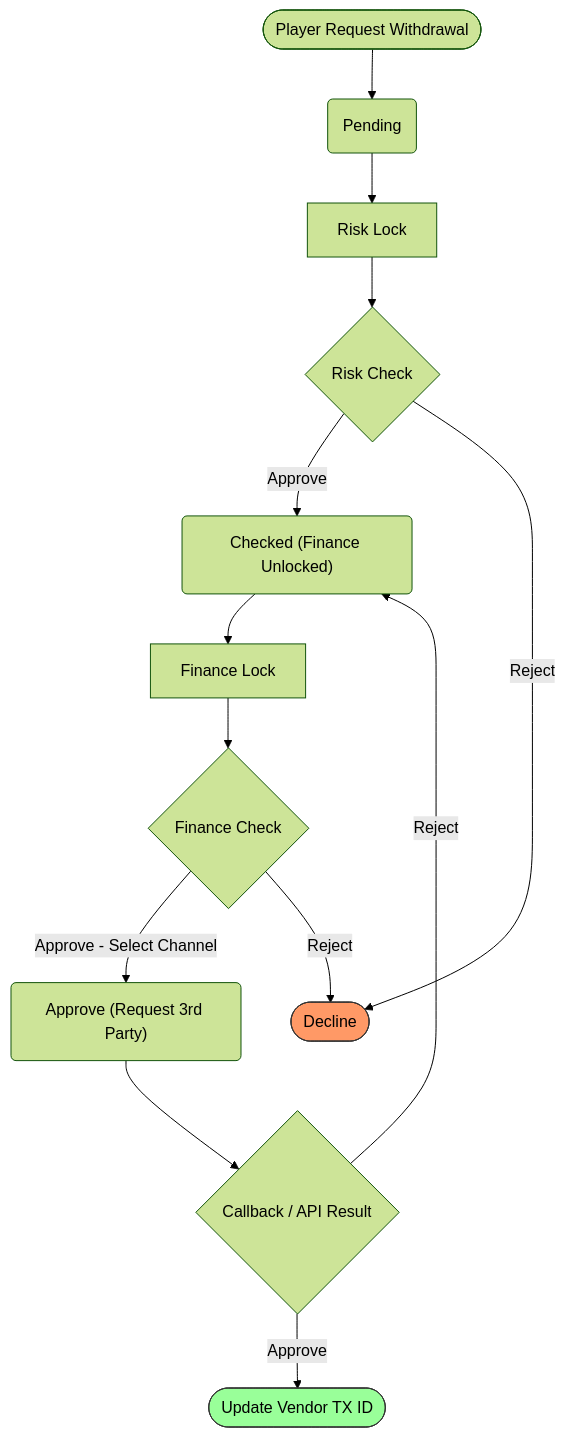
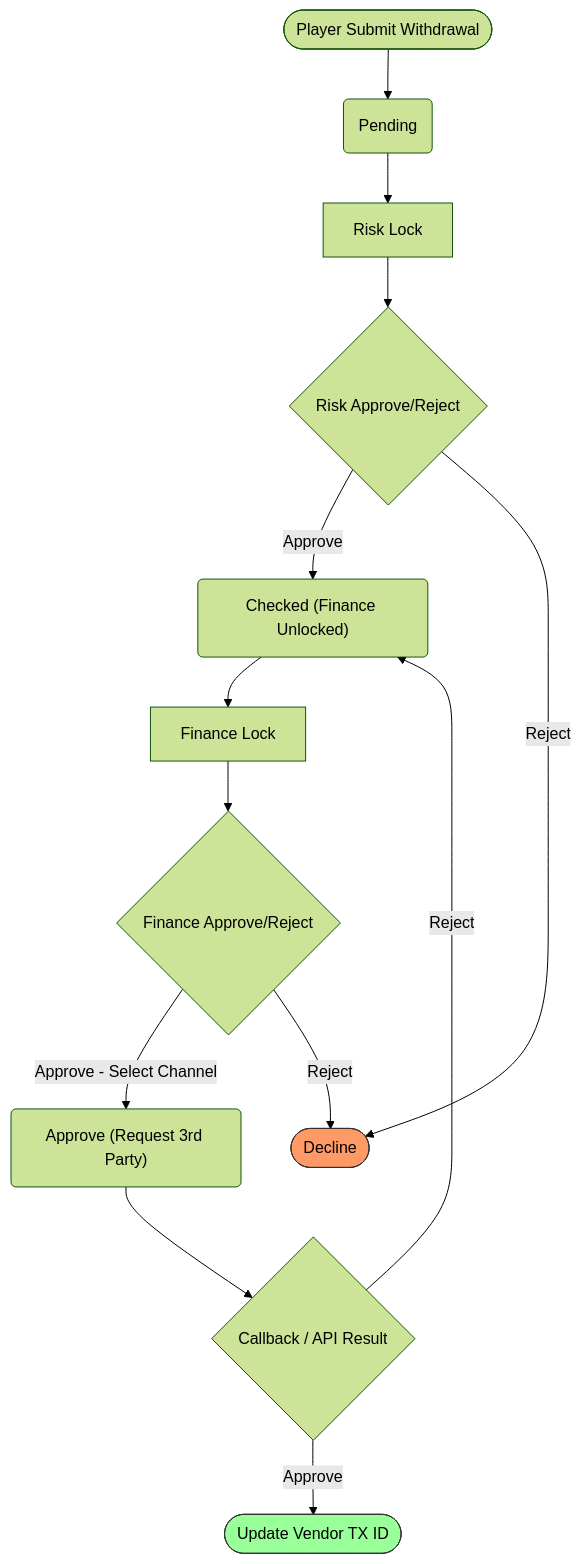
One commit to almightyken0425/SuSuGiGiSpec changed the first of 2 diagrams in no99_archive/sitflowchart.md. Above: the diagram before and after it, drawn with Mermaid (forest theme). The commit also changed other lines of this file, not shown here.

````diff
--- a/no99_archive/sitflowchart.md
+++ b/no99_archive/sitflowchart.md
@@ -29,36 +29,36 @@
 ```mermaid
 graph TD
     %% 節點定義
-    Start(["Player Request Withdrawal"])
+    Start(["Player Submit Withdrawal"])
     Pending("Pending")
     RiskLock["Risk Lock"]
-    RiskAction{"Risk Check"}
+    RiskAction{"Risk Approve/Reject"}
     Checked("Checked (Finance Unlocked)")
     FinanceLock["Finance Lock"]
-    FinanceAction{"Finance Check"}
+    FinanceAction{"Finance Approve/Reject"}
     ApproveReq("Approve (Request 3rd Party)")
     Decline(["Decline"])
     Success(["Update Vendor TX ID"])
     Callback{"Callback / API Result"}
 
     Start --> Pending
     Pending --> RiskLock
     RiskLock --> RiskAction
     
     RiskAction -->|"Approve"| Checked
     Checked --> FinanceLock
     FinanceLock --> FinanceAction
     
     FinanceAction -->|"Approve - Select Channel"| ApproveReq
 
     RiskAction -->|"Reject"| Decline
     FinanceAction -->|"Reject"| Decline
     
     ApproveReq --> Callback
 
     Callback -->|"Approve"| Success
     Callback -->|"Reject"| Checked
 
     style Decline fill:#f96,stroke:#333
     style Success fill:#9f9,stroke:#333
 ```
````
